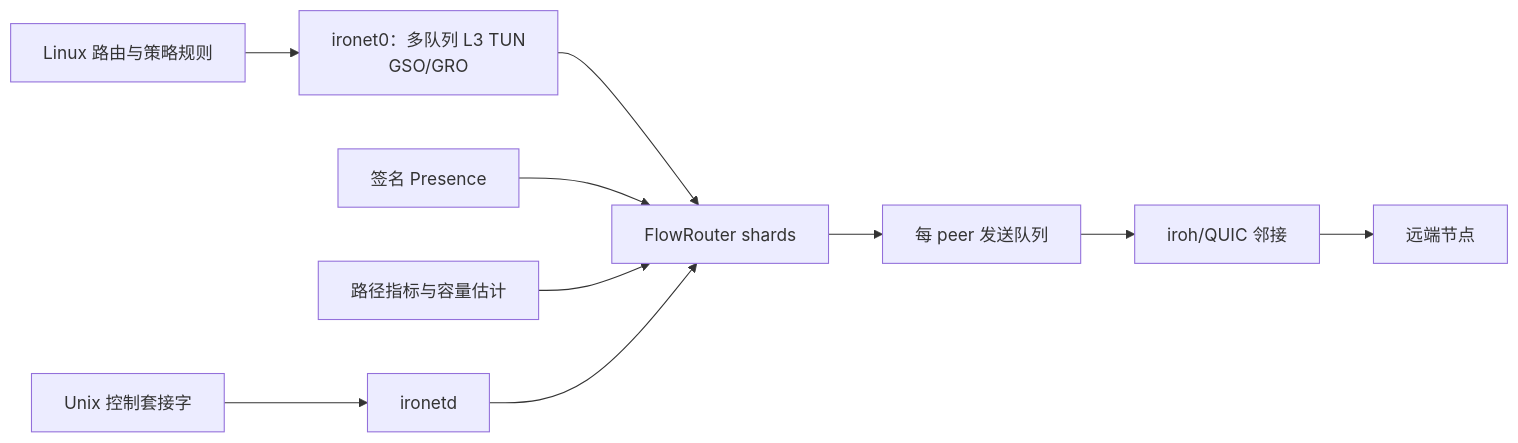
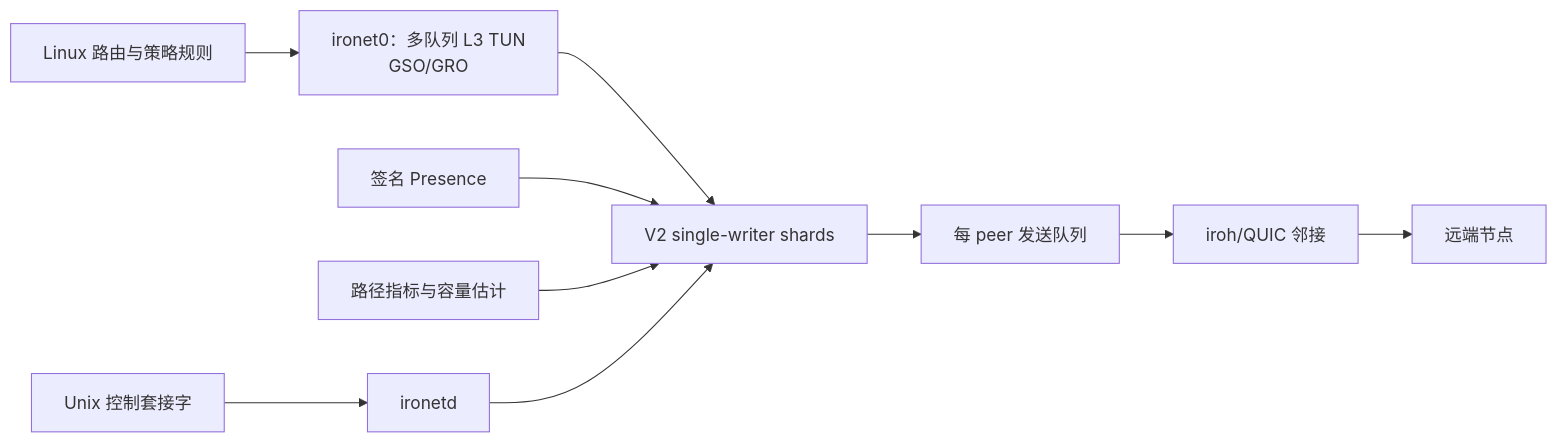
The diagram in docs/架构与路由模型.md (p3psi-boo/iroh-sdwan), drawn with Mermaid before and after one commit. The commit also changed other lines of this file and 433 other files, not shown here.

````diff
--- a/docs/架构与路由模型.md
+++ b/docs/架构与路由模型.md
@@ -5,12 +5,12 @@
 ```mermaid
 flowchart LR
     LR["Linux 路由与策略规则"] --> T["ironet0：多队列 L3 TUN\nGSO/GRO"]
-    T --> F["FlowRouter shards"]
+    T --> F["V2 single-writer shards"]
     F --> Q["每 peer 发送队列"]
     Q --> I["iroh/QUIC 邻接"]
     I --> R["远端节点"]
     P["签名 Presence"] --> F
     M["路径指标与容量估计"] --> F
     C["Unix 控制套接字"] --> D["ironetd"]
     D --> F
 ```
````
